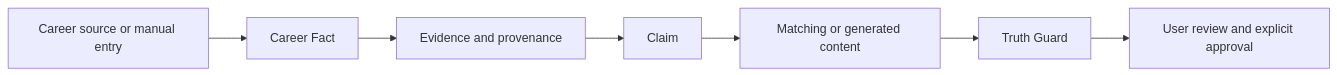
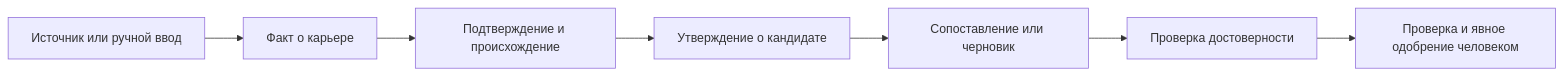
Before and after one commit to filatelist-hitech/CVortex: the second of 4 diagrams in docs/00-Home/Process-Map.md, drawn with Mermaid. The commit also changed other lines of this file and 11 other files, not shown here.

````diff
--- a/docs/00-Home/Process-Map.md
+++ b/docs/00-Home/Process-Map.md
@@ -56,9 +56,9 @@
 ```mermaid
 flowchart LR
-  Source[Career source or manual entry] --> Fact[Career Fact]
-  Fact --> Evidence[Evidence and provenance]
-  Evidence --> Claim[Claim]
-  Claim --> Use[Matching or generated content]
-  Use --> Guard[Truth Guard]
-  Guard --> Approval[User review and explicit approval]
+  Source[Источник или ручной ввод] --> Fact[Факт о карьере]
+  Fact --> Evidence[Подтверждение и происхождение]
+  Evidence --> Claim[Утверждение о кандидате]
+  Claim --> Use[Сопоставление или черновик]
+  Use --> Guard[Проверка достоверности]
+  Guard --> Approval[Проверка и явное одобрение человеком]
 ```
````
